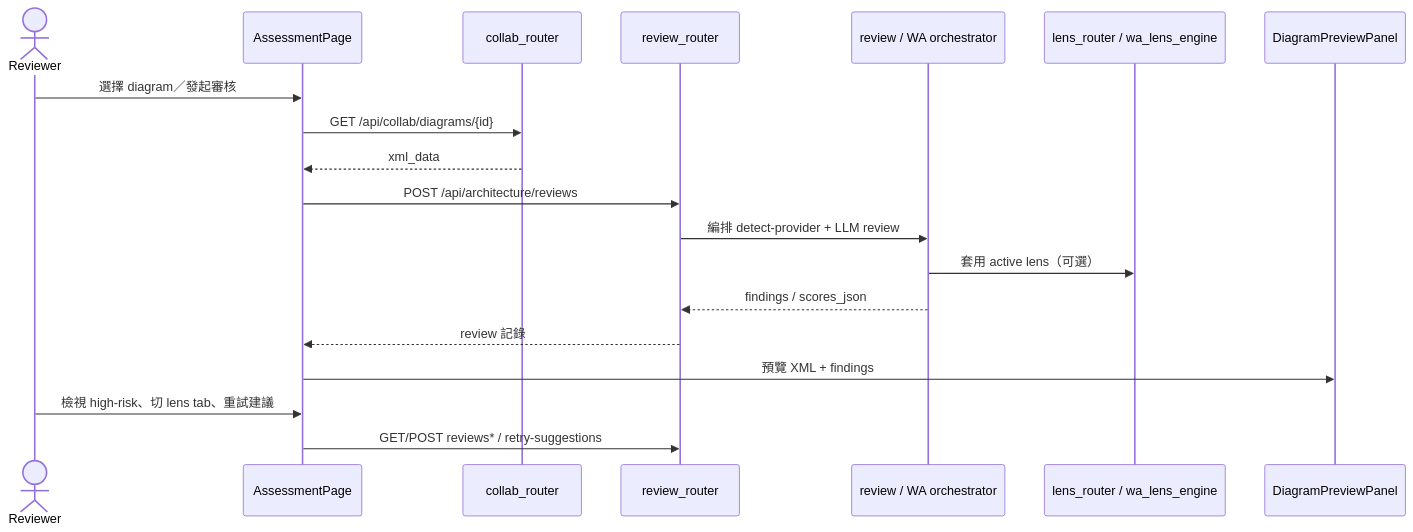
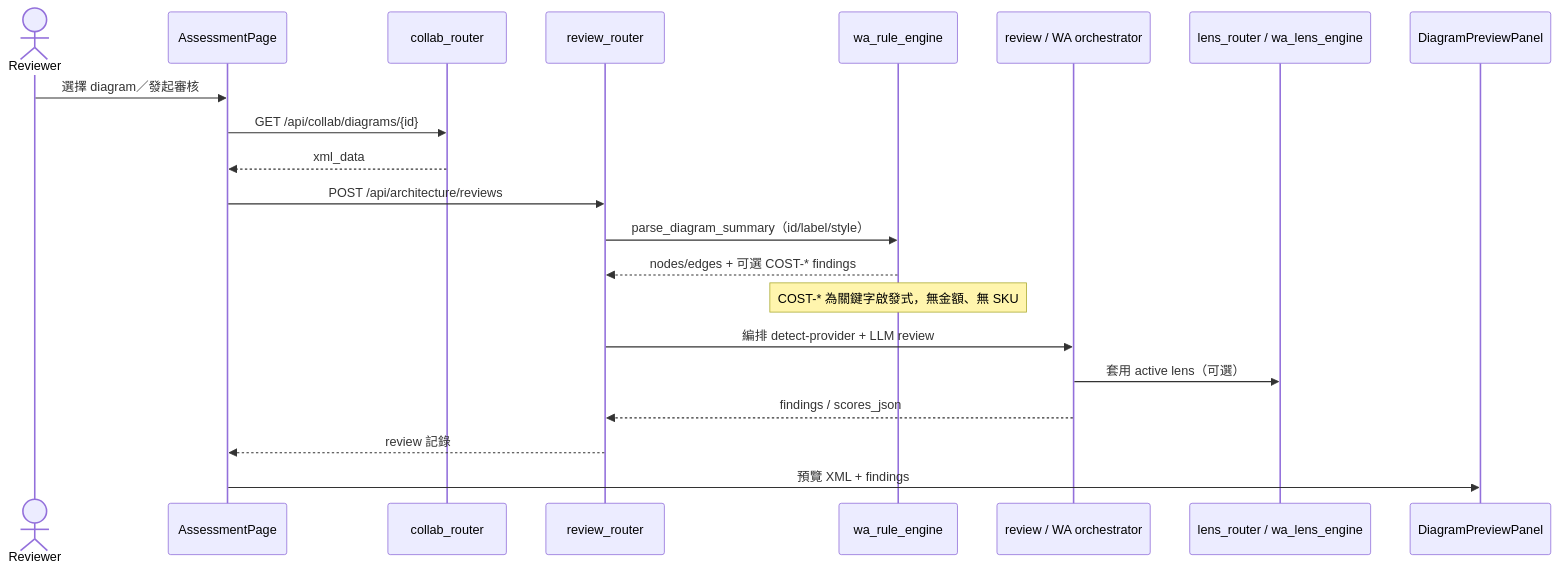
Before and after one commit to opendiamonds/awesome-firebase-use-cases: the third of 4 diagrams in aidlc/spaces/default/codekb/cloud/architecture.md, drawn with Mermaid. The commit also changed other lines of this file and 252 other files, not shown here.

````diff
--- a/aidlc/spaces/default/codekb/cloud/architecture.md
+++ b/aidlc/spaces/default/codekb/cloud/architecture.md
@@ -106,22 +133,24 @@
 ```mermaid
 sequenceDiagram
   actor U as Reviewer
   participant AP as AssessmentPage
   participant Collab as collab_router
   participant RR as review_router
+  participant WRE as wa_rule_engine
   participant Orch as review / WA orchestrator
   participant Lens as lens_router / wa_lens_engine
   participant Pref as DiagramPreviewPanel
 
   U->>AP: 選擇 diagram／發起審核
   AP->>Collab: GET /api/collab/diagrams/{id}
   Collab-->>AP: xml_data
   AP->>RR: POST /api/architecture/reviews
+  RR->>WRE: parse_diagram_summary（id/label/style）
+  WRE-->>RR: nodes/edges + 可選 COST-* findings
+  Note over WRE: COST-* 為關鍵字啟發式，無金額、無 SKU
   RR->>Orch: 編排 detect-provider + LLM review
   Orch->>Lens: 套用 active lens（可選）
   Orch-->>RR: findings / scores_json
   RR-->>AP: review 記錄
   AP->>Pref: 預覽 XML + findings
-  U->>AP: 檢視 high-risk、切 lens tab、重試建議
-  AP->>RR: GET/POST reviews* / retry-suggestions
 ```
````
